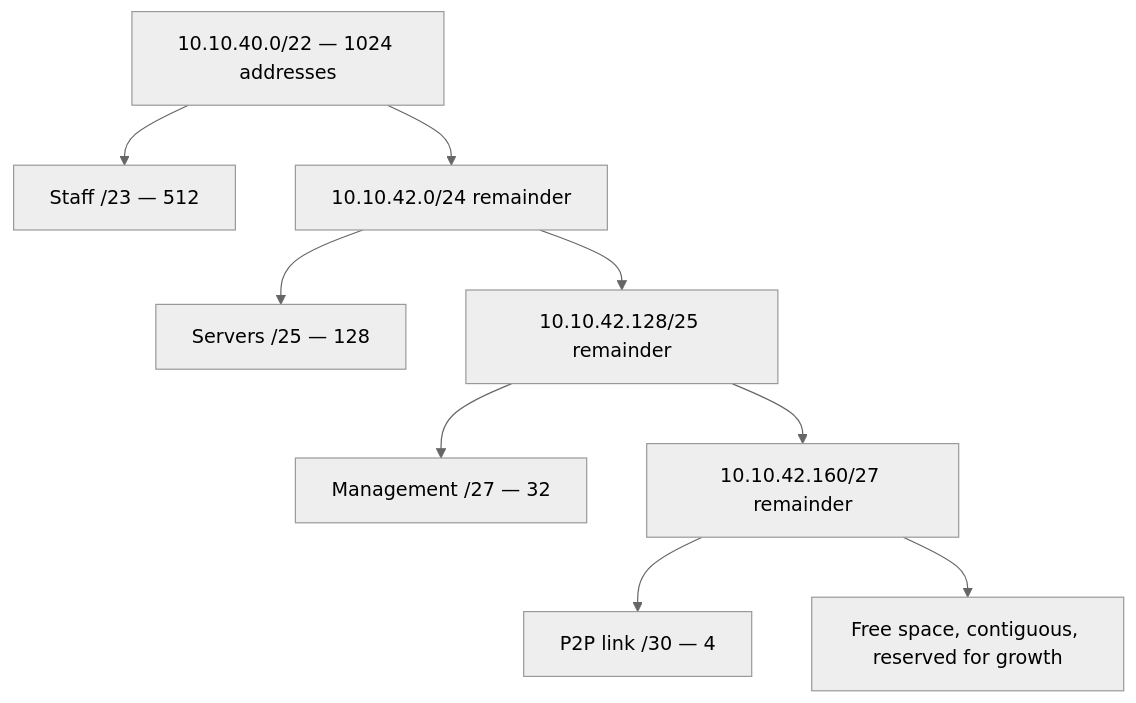
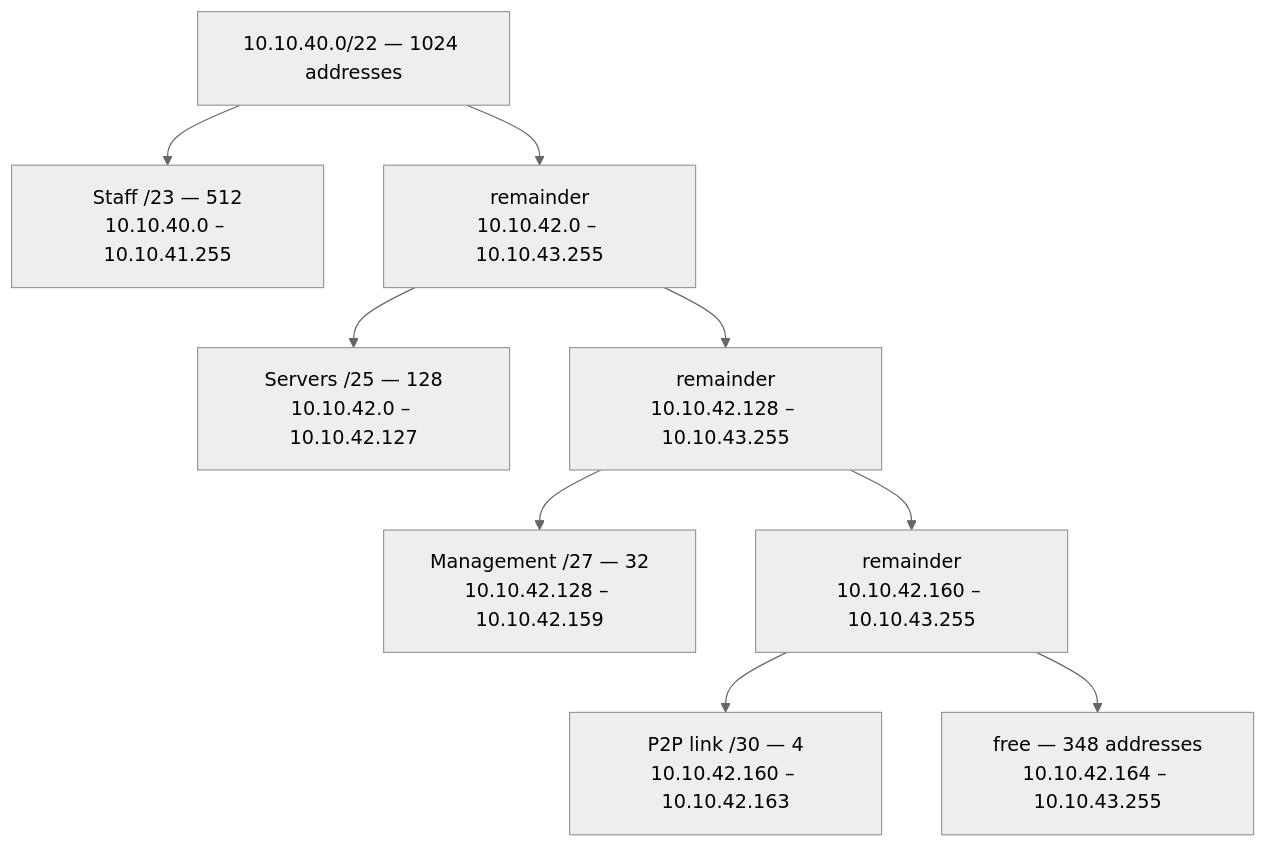
The diagram in Networking/Addressing & Subnetting/VLSM & Route Summarization.md (nnr-root/cybersec-crook2root-notes), drawn with Mermaid (neutral theme) before and after one commit. The commit also changed other lines of this file, not shown here.

````diff
--- a/Networking/Addressing & Subnetting/VLSM & Route Summarization.md
+++ b/Networking/Addressing & Subnetting/VLSM & Route Summarization.md
@@ -84,12 +84,12 @@
 ```mermaid
 flowchart TB
     P["10.10.40.0/22 — 1024 addresses"]
-    P --> S["Staff /23 — 512"]
-    P --> R["10.10.42.0/24 remainder"]
-    R --> SV["Servers /25 — 128"]
-    R --> R2["10.10.42.128/25 remainder"]
-    R2 --> M["Management /27 — 32"]
-    R2 --> R3["10.10.42.160/27 remainder"]
-    R3 --> L["P2P link /30 — 4"]
-    R3 --> F["Free space, contiguous, reserved for growth"]
+    P --> S["Staff /23 — 512<br/>10.10.40.0 – 10.10.41.255"]
+    P --> R["remainder<br/>10.10.42.0 – 10.10.43.255"]
+    R --> SV["Servers /25 — 128<br/>10.10.42.0 – 10.10.42.127"]
+    R --> R2["remainder<br/>10.10.42.128 – 10.10.43.255"]
+    R2 --> M["Management /27 — 32<br/>10.10.42.128 – 10.10.42.159"]
+    R2 --> R3["remainder<br/>10.10.42.160 – 10.10.43.255"]
+    R3 --> L["P2P link /30 — 4<br/>10.10.42.160 – 10.10.42.163"]
+    R3 --> F["free — 348 addresses<br/>10.10.42.164 – 10.10.43.255"]
 ```
````
